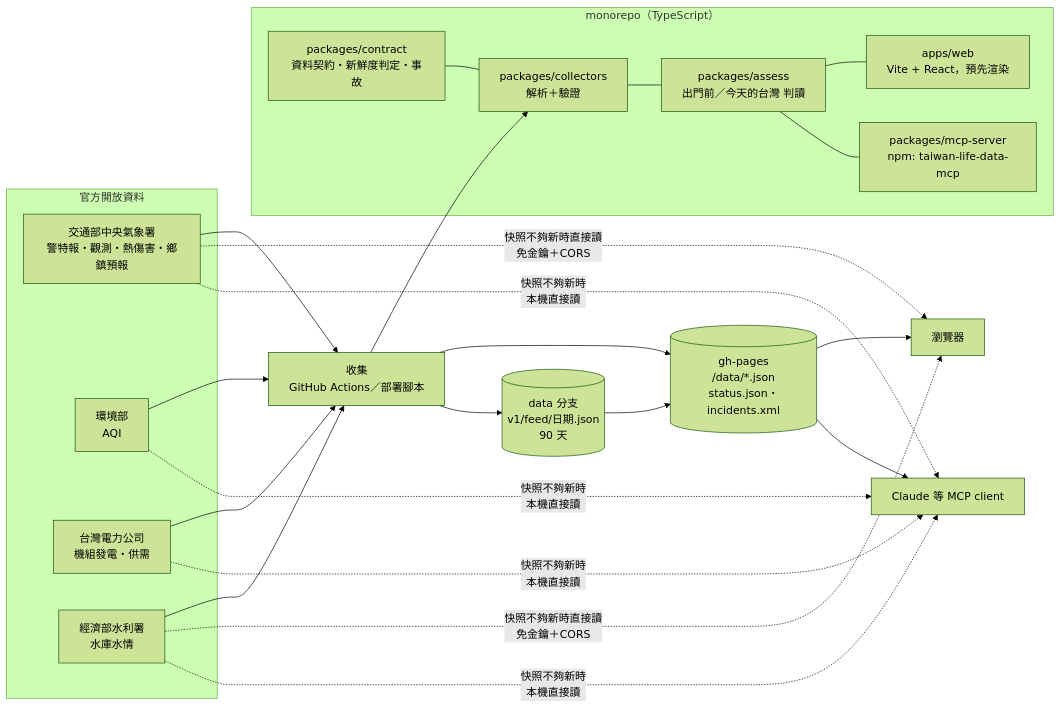
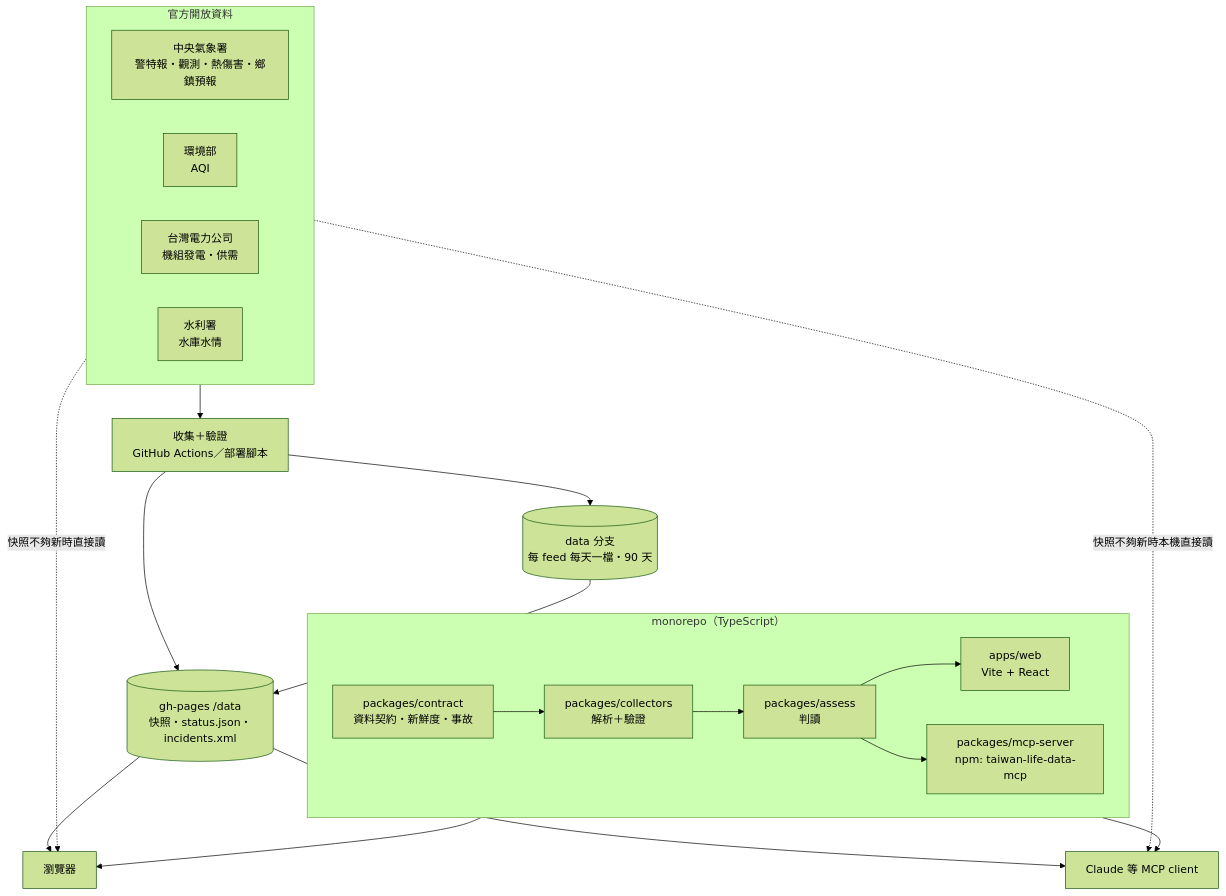
The diagram in README.md (livejiaquan/taiwan-life-data), drawn with Mermaid (forest theme) before and after one commit. The commit also changed 1 other file, not shown here.

Commit message:
Simplify the architecture diagram

````diff
--- a/README.md
+++ b/README.md
@@ -43,30 +43,28 @@
 ```mermaid
-flowchart LR
-  subgraph 官方開放資料
-    CWA[交通部中央氣象署<br/>警特報・觀測・熱傷害・鄉鎮預報]
+flowchart TB
+  subgraph official["官方開放資料"]
+    direction LR
+    CWA[中央氣象署<br/>警特報・觀測・熱傷害・鄉鎮預報]
     MOENV[環境部<br/>AQI]
     TPC[台灣電力公司<br/>機組發電・供需]
-    WRA[經濟部水利署<br/>水庫水情]
+    WRA[水利署<br/>水庫水情]
   end
 
   subgraph repo["monorepo（TypeScript）"]
-    contract[packages/contract<br/>資料契約・新鮮度判定・事故]
-    collectors[packages/collectors<br/>解析＋驗證]
-    assess[packages/assess<br/>出門前／今天的台灣 判讀]
-    web[apps/web<br/>Vite + React，預先渲染]
-    mcp[packages/mcp-server<br/>npm: taiwan-life-data-mcp]
+    direction LR
+    contract[packages/contract<br/>資料契約・新鮮度・事故] --> collectors[packages/collectors<br/>解析＋驗證] --> assess[packages/assess<br/>判讀]
+    assess --> web[apps/web<br/>Vite + React]
+    assess --> mcp[packages/mcp-server<br/>npm: taiwan-life-data-mcp]
   end
 
-  CWA & MOENV & TPC & WRA --> collect[收集<br/>GitHub Actions／部署腳本]
-  collect --> collectors
-  collect --> snap[(gh-pages<br/>/data/*.json<br/>status.json・incidents.xml)]
-  collect --> archive[(data 分支<br/>v1/feed/日期.json<br/>90 天)]
+  official --> collect[收集＋驗證<br/>GitHub Actions／部署腳本]
+  collect --> snap[(gh-pages /data<br/>快照・status.json・incidents.xml)]
+  collect --> archive[(data 分支<br/>每 feed 每天一檔・90 天)]
   archive --> snap
   snap --> browser[瀏覽器]
-  CWA & WRA -. 快照不夠新時直接讀<br/>免金鑰＋CORS .-> browser
-  snap --> mcpclient[Claude 等 MCP client]
-  CWA & MOENV & TPC & WRA -. 快照不夠新時<br/>本機直接讀 .-> mcpclient
-  contract --- collectors --- assess
-  assess --- web
-  assess --- mcp
+  snap --> client[Claude 等 MCP client]
+  official -. 快照不夠新時直接讀 .-> browser
+  official -. 快照不夠新時本機直接讀 .-> client
+  web --> browser
+  mcp --> client
 ```
````
